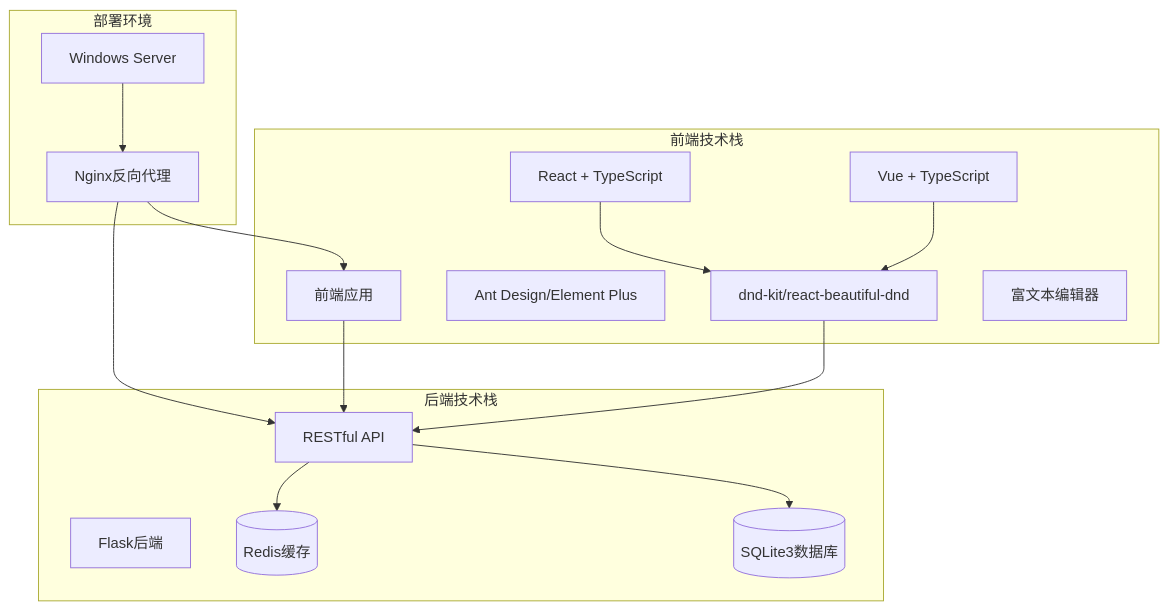
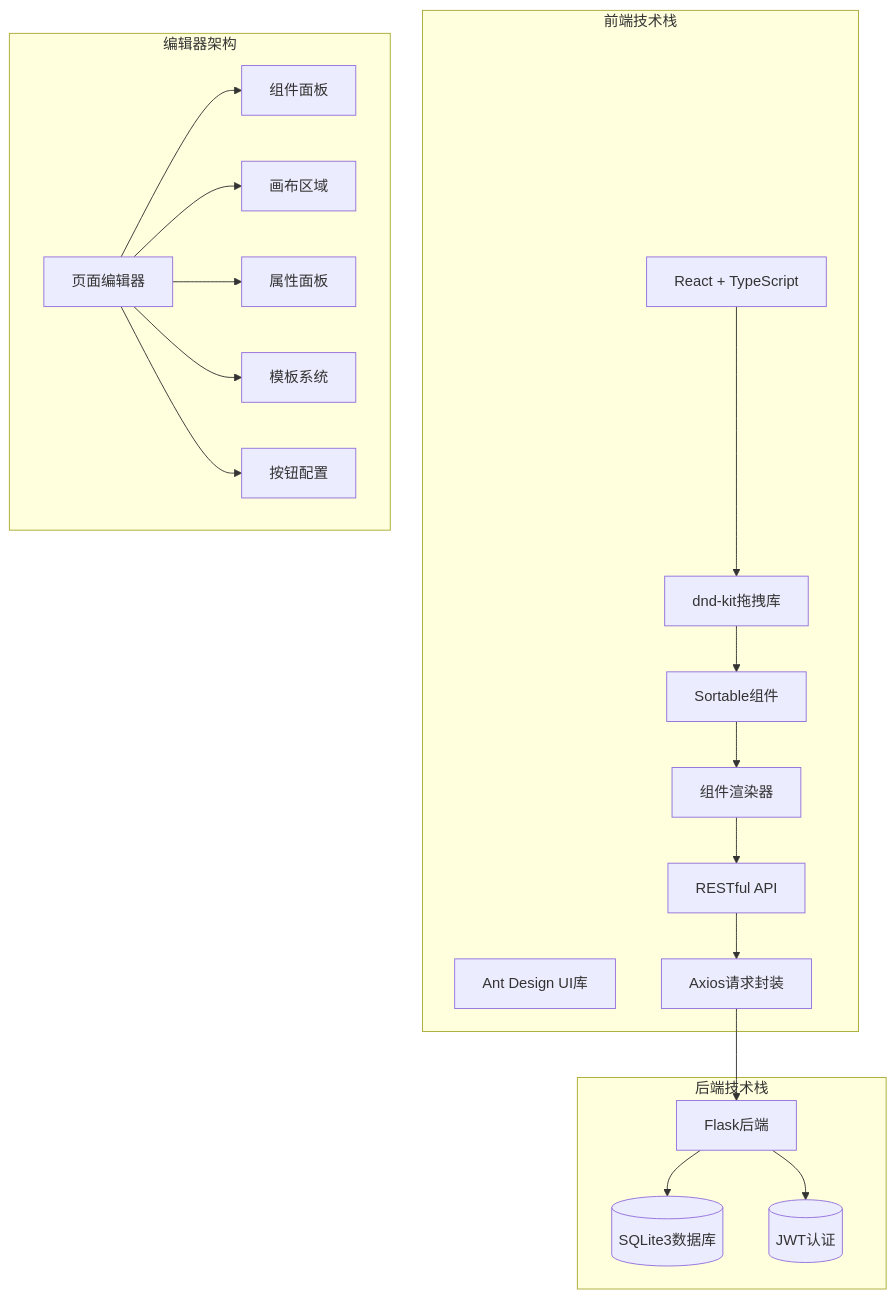
Before and after one commit to wyg5208/website_diy: the first of 7 diagrams in .qoder/repowiki/zh/content/前端组件系统/拖拽编辑器.md, drawn with Mermaid. The commit also changed other lines of this file and 43 other files, not shown here.

````diff
--- a/.qoder/repowiki/zh/content/前端组件系统/拖拽编辑器.md
+++ b/.qoder/repowiki/zh/content/前端组件系统/拖拽编辑器.md
@@ -27,30 +40,39 @@
 ```mermaid
 graph TB
 subgraph "前端技术栈"
-FE[前端应用]
-React[React + TypeScript]
-Vue[Vue + TypeScript]
-UI[Ant Design/Element Plus]
-DnD[dnd-kit/react-beautiful-dnd]
-RT[富文本编辑器]
+FE[React + TypeScript]
+AntD[Ant Design UI库]
+DnDKit[dnd-kit拖拽库]
+Sortable[Sortable组件]
+Renderer[组件渲染器]
+API[API接口层]
+Request[Axios请求封装]
 end
 subgraph "后端技术栈"
 BE[Flask后端]
 API[RESTful API]
 DB[(SQLite3数据库)]
-Cache[(Redis缓存)]
+Auth[(JWT认证)]
 end
-subgraph "部署环境"
-Nginx[Nginx反向代理]
-Server[Windows Server]
+subgraph "编辑器架构"
+Editor[页面编辑器]
+Panel[组件面板]
+Canvas[画布区域]
+Props[属性面板]
+Template[模板系统]
+ButtonConfig[按钮配置]
 end
-FE --> API
-React --> DnD
-Vue --> DnD
-DnD --> API
-API --> DB
-API --> Cache
-Nginx --> FE
-Nginx --> API
-Server --> Nginx
+FE --> DnDKit
+DnDKit --> Sortable
+Sortable --> Renderer
+Renderer --> API
+API --> Request
+Request --> BE
+BE --> DB
+BE --> Auth
+Editor --> Panel
+Editor --> Canvas
+Editor --> Props
+Editor --> Template
+Editor --> ButtonConfig
 ```
````
